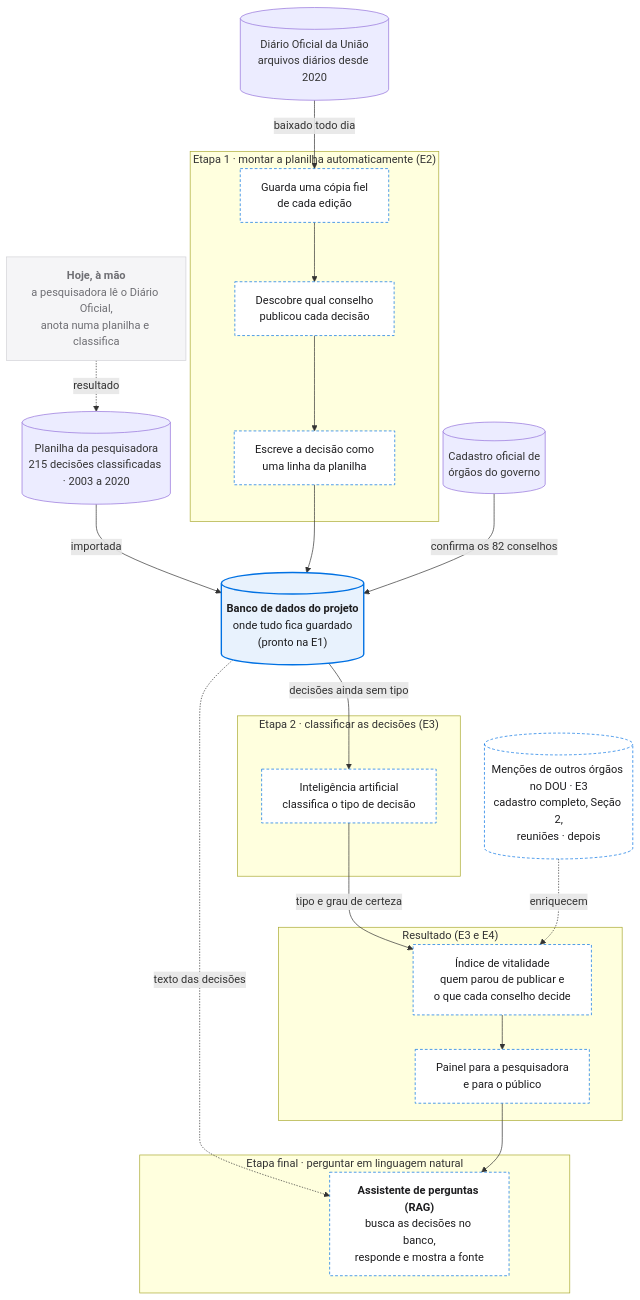
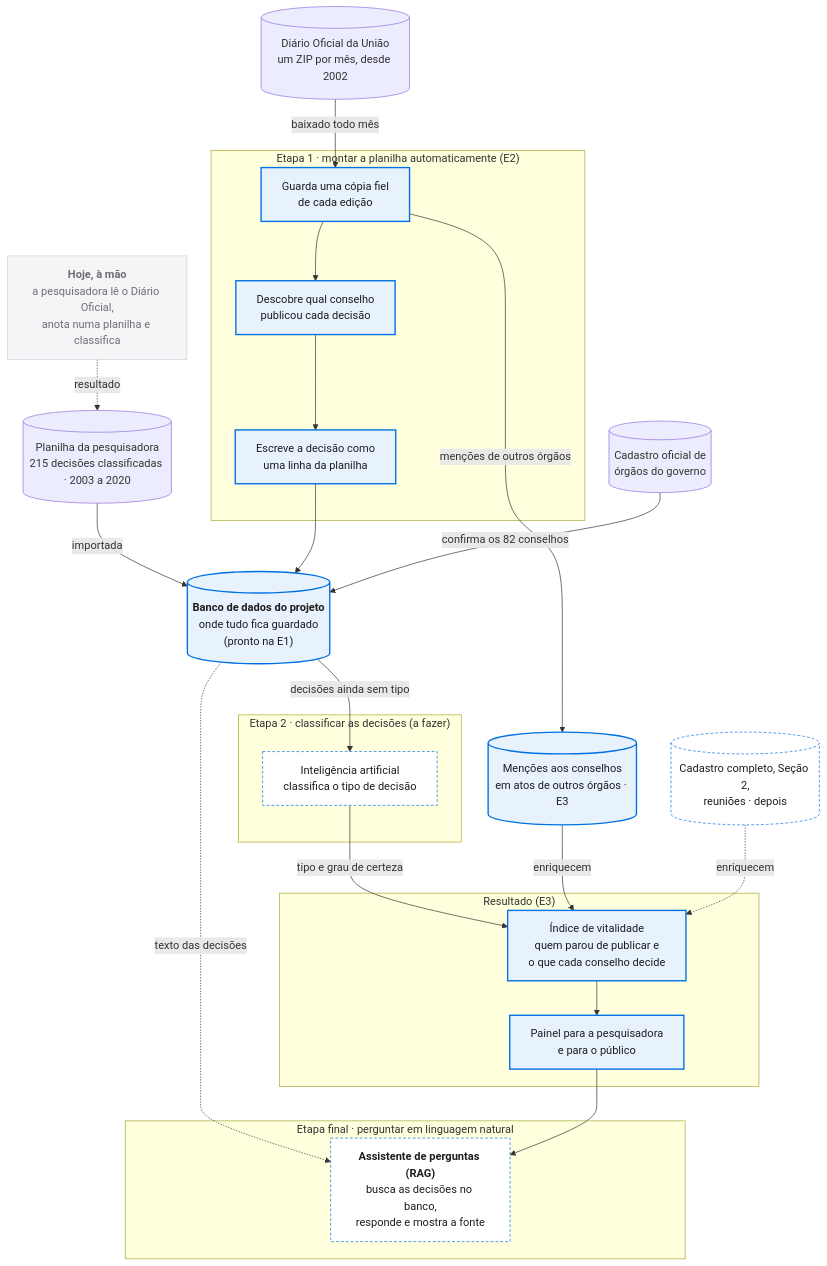
The diagram in site/jornada-do-dado.md (Luidooo/conselhos-vivos), drawn with Mermaid before and after one commit. The commit also changed other lines of this file and 12 other files, not shown here.

````diff
--- a/site/jornada-do-dado.md
+++ b/site/jornada-do-dado.md
@@ -52,43 +52,45 @@
 ```mermaid
 flowchart TB
   manual["<b>Hoje, à mão</b><br/>a pesquisadora lê o Diário Oficial,<br/>anota numa planilha e classifica"]
   manual -. "resultado" .-> xlsx[("Planilha da pesquisadora<br/>215 decisões classificadas · 2003 a 2020")]
   xlsx -- "importada" --> oltp
 
-  dou[("Diário Oficial da União<br/>arquivos diários desde 2020")] -- "baixado todo dia" --> bronze
+  dou[("Diário Oficial da União<br/>um ZIP por mês, desde 2002")] -- "baixado todo mês" --> bronze
 
   subgraph etapa1["Etapa 1 · montar a planilha automaticamente (E2)"]
     bronze["Guarda uma cópia fiel<br/>de cada edição"] --> conselho["Descobre qual conselho<br/>publicou cada decisão"]
     conselho --> linha["Escreve a decisão como<br/>uma linha da planilha"]
   end
 
   linha --> oltp[("<b>Banco de dados do projeto</b><br/>onde tudo fica guardado<br/>(pronto na E1)")]
   siorg[("Cadastro oficial de<br/>órgãos do governo")] -- "confirma os 82 conselhos" --> oltp
 
-  subgraph etapa2["Etapa 2 · classificar as decisões (E3)"]
+  subgraph etapa2["Etapa 2 · classificar as decisões (a fazer)"]
     ia["Inteligência artificial<br/>classifica o tipo de decisão"]
   end
 
   oltp -- "decisões ainda sem tipo" --> ia
   ia -- "tipo e grau de certeza" --> ind
 
-  subgraph consumo["Resultado (E3 e E4)"]
+  subgraph consumo["Resultado (E3)"]
     ind["Índice de vitalidade<br/>quem parou de publicar e<br/>o que cada conselho decide"] --> pub["Painel para a pesquisadora<br/>e para o público"]
   end
 
-  extra[("Menções de outros órgãos no DOU · E3<br/>cadastro completo, Seção 2,<br/>reuniões · depois")] -. "enriquecem" .-> ind
+  bronze -- "menções de outros órgãos" --> extra[("Menções aos conselhos<br/>em atos de outros órgãos · E3")]
+  extra -- "enriquecem" --> ind
+  depois[("Cadastro completo, Seção 2,<br/>reuniões · depois")] -. "enriquecem" .-> ind
 
   subgraph final["Etapa final · perguntar em linguagem natural"]
     rag["<b>Assistente de perguntas (RAG)</b><br/>busca as decisões no banco,<br/>responde e mostra a fonte"]
   end
 
   oltp -. "texto das decisões" .-> rag
   pub --> rag
 
   classDef manual fill:#f5f5f7,stroke:#d2d2d7,color:#6e6e73
   classDef feito fill:#e8f2fd,stroke:#0071e3,stroke-width:2px,color:#1d1d1f
   classDef proximo fill:#ffffff,stroke:#0071e3,stroke-dasharray:4 3,color:#1d1d1f
   class manual manual
-  class oltp feito
-  class bronze,conselho,linha,ia,ind,pub,rag,extra proximo
+  class oltp,bronze,conselho,linha,ind,pub,extra feito
+  class ia,rag,depois proximo
 ```
````
